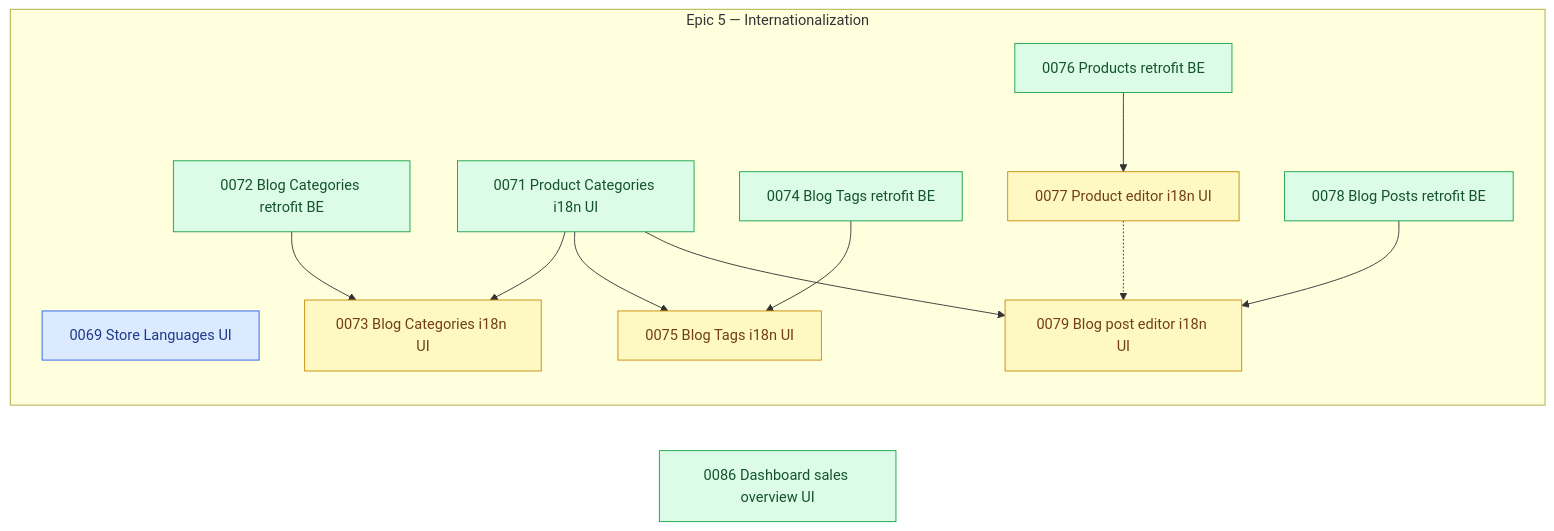
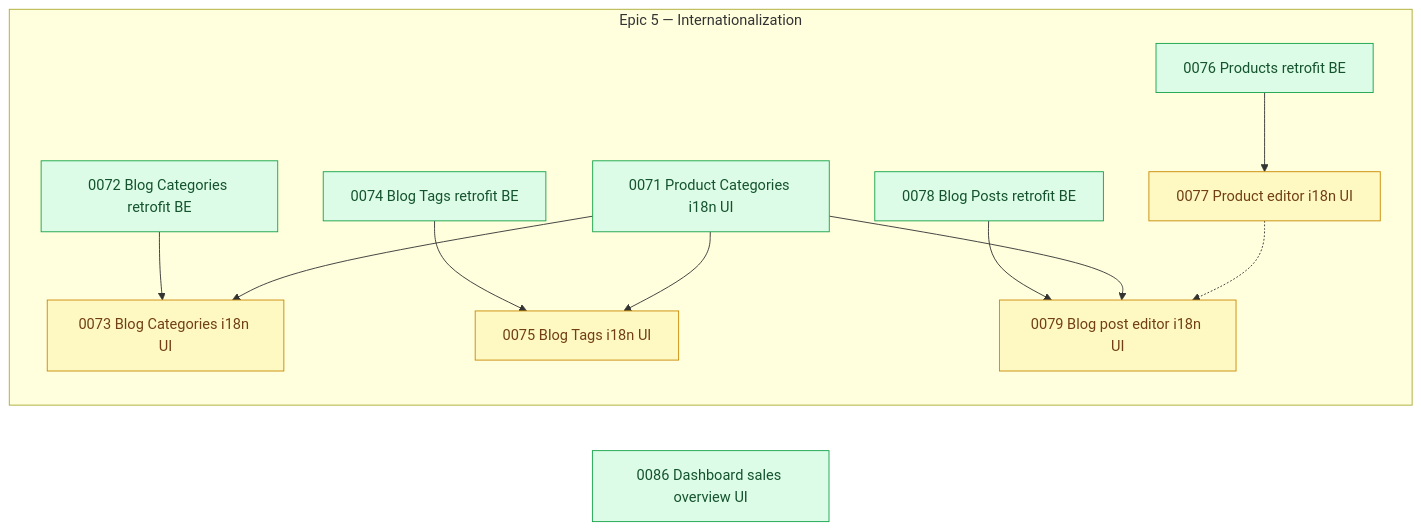
One commit to shojen/AI4Devs-finalproject changed the diagram in arospe/ai-spec/tasks-map.md. Above: the diagram before and after it, drawn with Mermaid. The commit also changed other lines of this file and 4 other files, not shown here.

````diff
--- a/arospe/ai-spec/tasks-map.md
+++ b/arospe/ai-spec/tasks-map.md
@@ -520,7 +521,6 @@
 
     subgraph PEND_I18N["Epic 5 — Internationalization"]
         direction TB
-        P0069["0069 Store Languages UI"]
         P0071["0071 Product Categories i18n UI"]
         P0072["0072 Blog Categories retrofit BE"]
         P0073["0073 Blog Categories i18n UI"]
@@ -608,5 +608,4 @@
 
     class P0073,P0075,P0077,P0079 pending;
     class P0071,P0072,P0074,P0076,P0078,P0086 ready;
-    class P0069 claimed;
 ```
````
